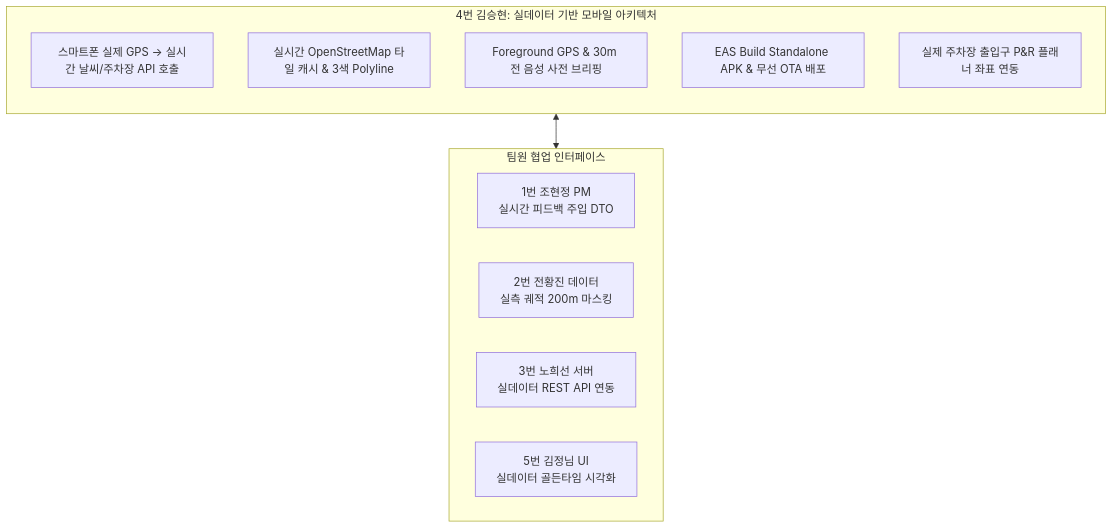
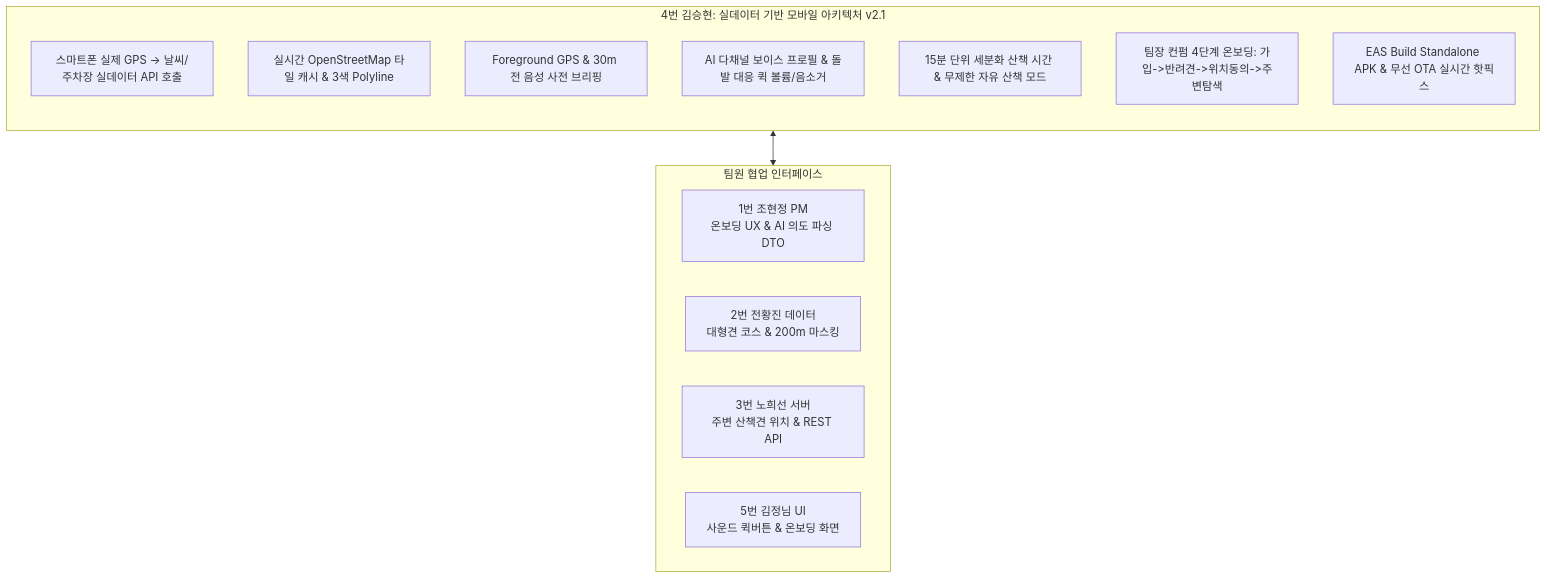
One commit to gigantess/pet_walk_t01 changed the first of 2 diagrams in docs/implementation_plan/김승현_향후_구현계획.md. Above: the diagram before and after it, drawn with Mermaid. The commit also changed other lines of this file, not shown here.

Commit message:
docs(member4): AI 보이스 프로필·돌발 음량 퀵제어, 15분 단위 시간 세분화 및 팀장 컨펌 4단계 온보딩 플로우 구현계획서(v2.1) 반영

````diff
--- a/docs/implementation_plan/김승현_향후_구현계획.md
+++ b/docs/implementation_plan/김승현_향후_구현계획.md
@@ -18,20 +24,22 @@
 ```mermaid
 flowchart TD
-    subgraph RealData_Mobile_Lead [4번 김승현: 실데이터 기반 모바일 아키텍처]
+    subgraph RealData_Mobile_Lead [4번 김승현: 실데이터 기반 모바일 아키텍처 v2.1]
         direction TB
-        A1[스마트폰 실제 GPS -> 실시간 날씨/주차장 API 호출]
+        A1[스마트폰 실제 GPS -> 날씨/주차장 실데이터 API 호출]
         A2[실시간 OpenStreetMap 타일 캐시 & 3색 Polyline]
         A3[Foreground GPS & 30m 전 음성 사전 브리핑]
-        A4[EAS Build Standalone APK & 무선 OTA 배포]
-        A5[실제 주차장 출입구 P&R 플래너 좌표 연동]
+        A4[AI 다채널 보이스 프로필 & 돌발 대응 퀵 볼륨/음소거]
+        A5[15분 단위 세분화 산책 시간 & 무제한 자유 산책 모드]
+        A6[팀장 컨펌 4단계 온보딩: 가입->반려견->위치동의->주변탐색]
+        A7[EAS Build Standalone APK & 무선 OTA 실시간 핫픽스]
     end
 
     subgraph CrossTeam [팀원 협업 인터페이스]
-        T1[1번 조현정 PM<br/>실시간 피드백 주입 DTO]
-        T2[2번 전황진 데이터<br/>실측 궤적 200m 마스킹]
-        T3[3번 노희선 서버<br/>실데이터 REST API 연동]
-        T5[5번 김정님 UI<br/>실데이터 골든타임 시각화]
+        T1[1번 조현정 PM<br/>온보딩 UX & AI 의도 파싱 DTO]
+        T2[2번 전황진 데이터<br/>대형견 코스 & 200m 마스킹]
+        T3[3번 노희선 서버<br/>주변 산책견 위치 & REST API]
+        T5[5번 김정님 UI<br/>사운드 퀵버튼 & 온보딩 화면]
     end
 
     RealData_Mobile_Lead <--> CrossTeam
 ```
````
